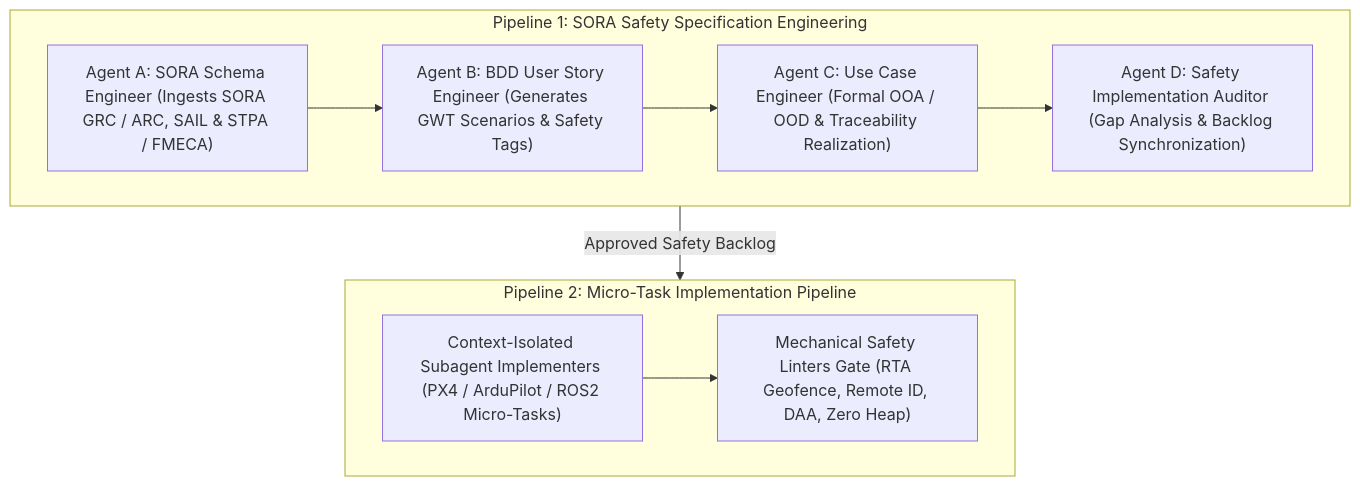
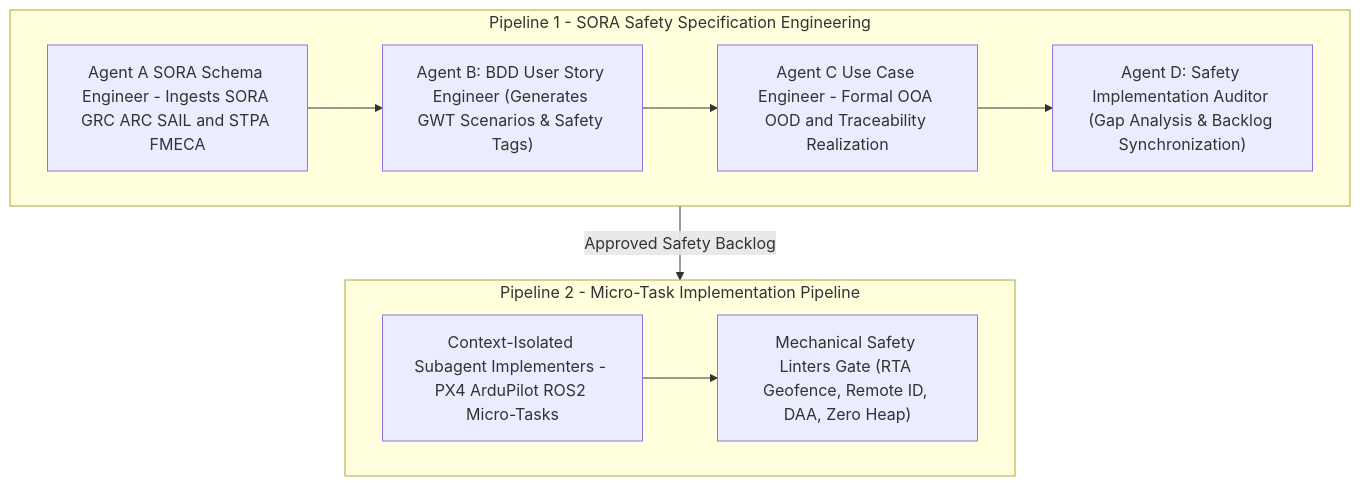
The fifth of 7 diagrams in docs/architecture/blueprints/DEAP_UAS_INFRASTRUCTURE_SAFETY_CONCEPT_PAPER.md (gintatkinson/DEAP-spec-core), drawn with Mermaid before and after one commit. The commit also changed other lines of this file and 3 other files, not shown here.

````diff
--- a/docs/architecture/blueprints/DEAP_UAS_INFRASTRUCTURE_SAFETY_CONCEPT_PAPER.md
+++ b/docs/architecture/blueprints/DEAP_UAS_INFRASTRUCTURE_SAFETY_CONCEPT_PAPER.md
@@ -423,20 +423,20 @@
 ```mermaid
 flowchart TD
-    subgraph "Pipe1" ["Pipeline 1: SORA Safety Specification Engineering"]
-        AgentA["Agent A: SORA Schema Engineer (Ingests SORA GRC / ARC, SAIL & STPA / FMECA)"]
+    subgraph Pipe1 ["Pipeline 1 - SORA Safety Specification Engineering"]
+        AgentA["Agent A SORA Schema Engineer - Ingests SORA GRC ARC SAIL and STPA FMECA"]
         AgentB["Agent B: BDD User Story Engineer (Generates GWT Scenarios & Safety Tags)"]
-        AgentC["Agent C: Use Case Engineer (Formal OOA / OOD & Traceability Realization)"]
+        AgentC["Agent C Use Case Engineer - Formal OOA OOD and Traceability Realization"]
         AgentD["Agent D: Safety Implementation Auditor (Gap Analysis & Backlog Synchronization)"]
 
         AgentA --> AgentB --> AgentC --> AgentD
     end
 
-    subgraph "Pipe2" ["Pipeline 2: Micro-Task Implementation Pipeline"]
-        SubImpl["Context-Isolated Subagent Implementers (PX4 / ArduPilot / ROS2 Micro-Tasks)"]
+    subgraph Pipe2 ["Pipeline 2 - Micro-Task Implementation Pipeline"]
+        SubImpl["Context-Isolated Subagent Implementers - PX4 ArduPilot ROS2 Micro-Tasks"]
         SafetyGate["Mechanical Safety Linters Gate (RTA Geofence, Remote ID, DAA, Zero Heap)"]
 
         SubImpl --> SafetyGate
     end
 
     Pipe1 -->|"Approved Safety Backlog"| Pipe2
 ```
````
